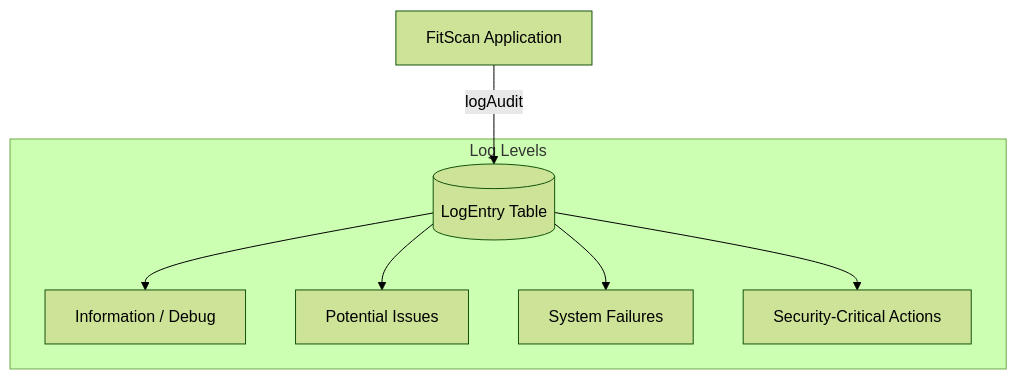
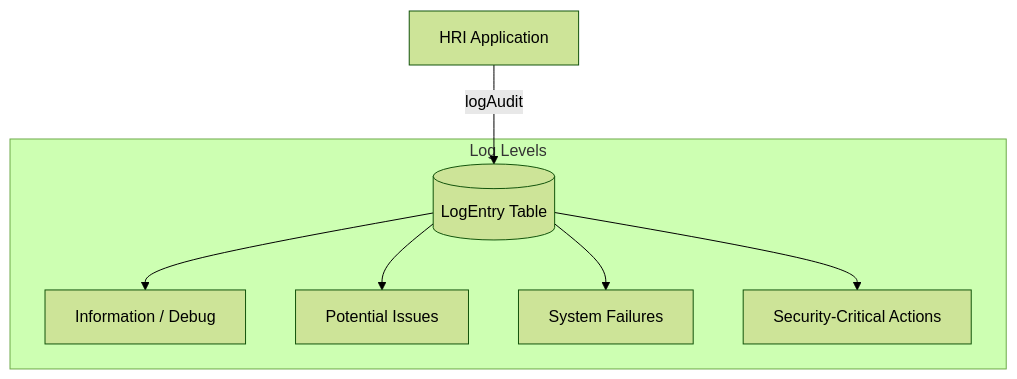
Before and after one commit to poojaroonwit/studio: the diagram in docs/workflows/Audit Flow.md, drawn with Mermaid (forest theme). The commit also changed other lines of this file and 119 other files, not shown here.

````diff
--- a/docs/workflows/Audit Flow.md
+++ b/docs/workflows/Audit Flow.md
@@ -15,11 +15,11 @@
 ```mermaid
 graph TD
-    App[FitScan Application] -->|logAudit| LogTab[(LogEntry Table)]
+    App[HRI Application] -->|logAudit| LogTab[(LogEntry Table)]
     
     subgraph "Log Levels"
         LogTab --> INFO[Information / Debug]
         LogTab --> WARN[Potential Issues]
         LogTab --> ERROR[System Failures]
         LogTab --> AUDIT[Security-Critical Actions]
     end
 ```
````
